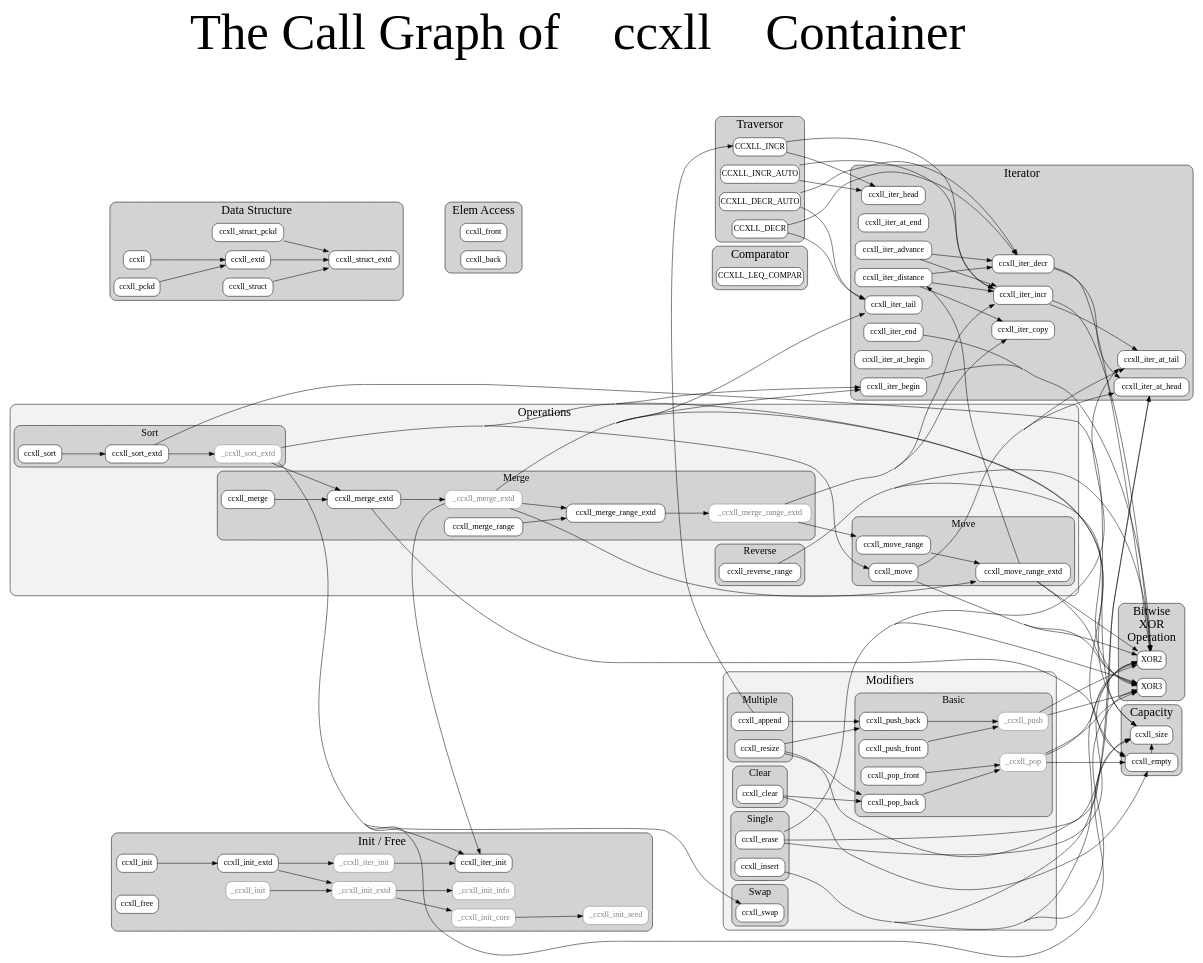
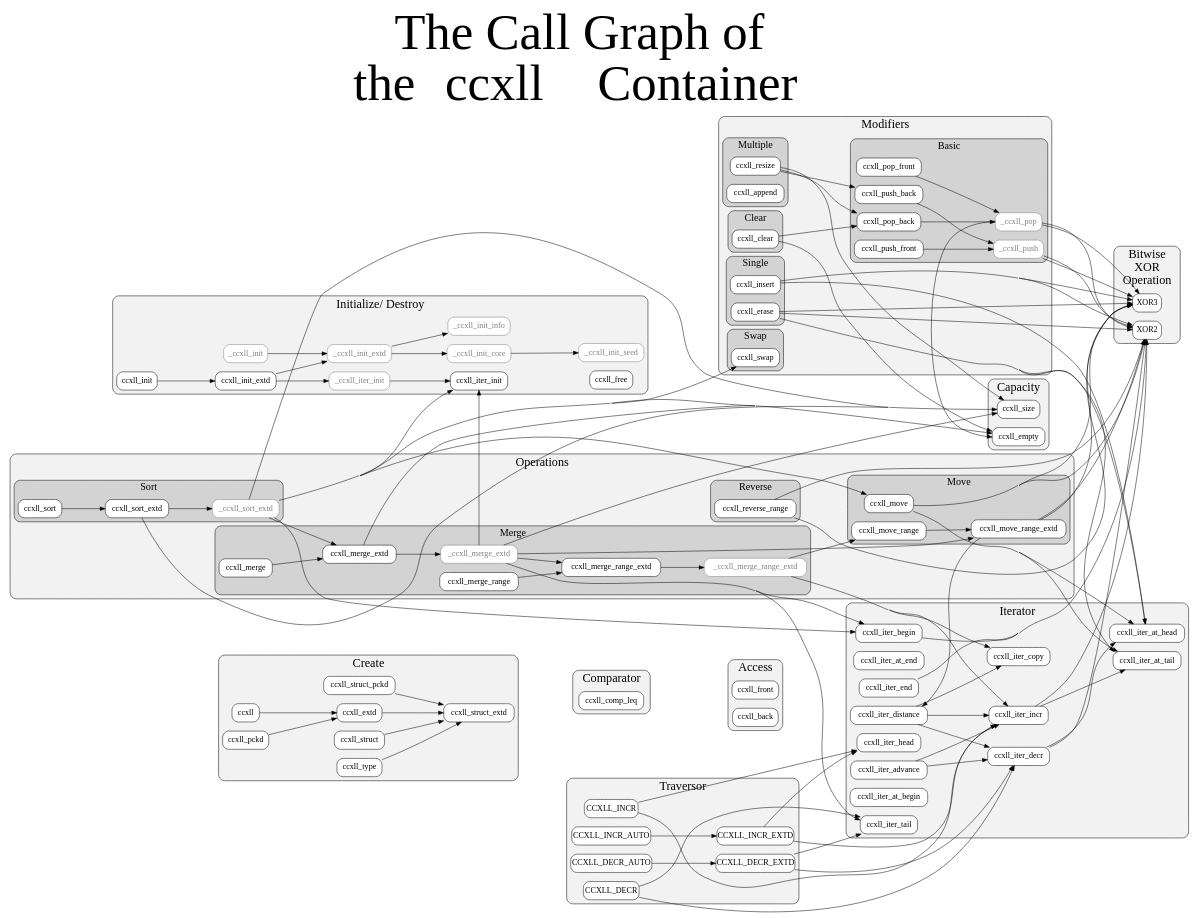
One commit to kevin-dong-nai-jia/OpenGC3 changed the diagram in tool/ccxll-call.dot. Above: the diagram before and after it, drawn with Graphviz. The commit also changed 1 other file, not shown here.

Commit message:
update the call graph

```diff
--- a/tool/ccxll-call.dot
+++ b/tool/ccxll-call.dot
@@ -1,194 +1,200 @@
 digraph
 {
     rankdir="LR"
     ranksep="1.2"
     concentrate="true"
     
-    labelloc="t";
-    label=<The Call Graph of <FONT FACE="inconsolata">ccxll</FONT> Container<br/> >
+    labelloc="t"
+    label=<The Call Graph of<br/>the <FONT FACE="inconsolata">ccxll</FONT> Container<br/>>
     fontname="CMU Serif"
     fontsize="100"
 
     node [ shape="rect" style="rounded,filled" fillcolor="white" fontname="noto" fontsize="16" ]
 
-    subgraph cluster_A { style="rounded, filled" label="Comparator" fontname="noto" fontsize="24" fillcolor="lightgrey"
-                         CCXLL_LEQ_COMPAR }
+    subgraph cluster_A {  }
 
-    subgraph cluster_B { style="rounded, filled" label="Data Structure" fontname="noto" fontsize="24" fillcolor="lightgrey"
-                         ccxll
+    subgraph cluster_B { style="rounded, filled" label="Create" fontname="noto" fontsize="24" fillcolor="grey95"
+                         ccxll_pckd
+                         ccxll_type
                          ccxll_extd
-                         ccxll_pckd
+                         ccxll_struct_pckd
+                         ccxll_struct_extd
                          ccxll_struct
-                         ccxll_struct_extd
-                         ccxll_struct_pckd }
+                         ccxll }
 
-    subgraph cluster_C { style="rounded, filled" label="Init / Free" fontname="noto" fontsize="24" fillcolor="lightgrey"
+    subgraph cluster_C { style="rounded, filled" label="Initialize/ Destroy" fontname="noto" fontsize="24" fillcolor="grey95"
                          ccxll_init
                         _ccxll_init
                          ccxll_init_extd
                          ccxll_iter_init
                         _ccxll_init_extd
                         _ccxll_init_core
                         _ccxll_init_info
                         _ccxll_init_seed
                         _ccxll_iter_init
                          ccxll_free }
 
-    subgraph cluster_D { style="rounded, filled" label="Iterator" fontname="noto" fontsize="24" fillcolor="lightgrey"
+    subgraph cluster_D { style="rounded, filled" label="Iterator" fontname="noto" fontsize="24" fillcolor="grey95"
                          ccxll_iter_copy
                          ccxll_iter_head
                          ccxll_iter_tail
                          ccxll_iter_incr
                          ccxll_iter_decr
                          ccxll_iter_distance
                          ccxll_iter_advance
                          ccxll_iter_at_head
                          ccxll_iter_at_tail 
                          ccxll_iter_begin
                          ccxll_iter_end
                          ccxll_iter_at_begin
                          ccxll_iter_at_end }
 
-    subgraph cluster_E { style="rounded, filled" label="Traversor" fontname="noto" fontsize="24" fillcolor="lightgrey"
+    subgraph cluster_E { style="rounded, filled" label="Traversor" fontname="noto" fontsize="24" fillcolor="grey95"
                          CCXLL_INCR
                          CCXLL_INCR_AUTO
+                         CCXLL_INCR_EXTD
                          CCXLL_DECR
-                         CCXLL_DECR_AUTO }
+                         CCXLL_DECR_AUTO
+                         CCXLL_DECR_EXTD }
 
-    subgraph cluster_F { style="rounded, filled" label="Capacity" fontname="noto" fontsize="24" fillcolor="lightgrey"
+    subgraph cluster_F { style="rounded, filled" label="Capacity" fontname="noto" fontsize="24" fillcolor="grey95"
                        { rank="same"
                          ccxll_empty
                          ccxll_size } }
 
     subgraph cluster_G { style="rounded, filled" label="Modifiers" fontname="noto" fontsize="24" fillcolor="grey95"
 
                          subgraph cluster_1 { style="rounded, filled" label="Single" fontname="noto" fontsize="20" fillcolor="lightgrey"
                                               ccxll_insert
                                               ccxll_erase }
 
                          subgraph cluster_2 { style="rounded, filled" label="Multiple" fontname="noto" fontsize="20" fillcolor="lightgrey"
                                               ccxll_resize
                                               ccxll_append }
 
                          subgraph cluster_3 { style="rounded, filled" label="Clear" fontname="noto" fontsize="20" fillcolor="lightgrey"
                                               ccxll_clear }
                          
                          subgraph cluster_4 { style="rounded, filled" label="Swap" fontname="noto" fontsize="20" fillcolor="lightgrey"
                                               ccxll_swap }
 
                          subgraph cluster_5 { style="rounded, filled" label="Basic" fontname="noto" fontsize="20" fillcolor="lightgrey"
                                               ccxll_pop_front
                                               ccxll_pop_back
                                              _ccxll_pop
                                               ccxll_push_front
                                               ccxll_push_back
                                              _ccxll_push }
                        }
 
     subgraph cluster_H { style="rounded, filled" label="Operations" fontname="noto" fontsize="24" fillcolor="grey95"
 
 
                          subgraph cluster_6 { style="rounded, filled" label="Sort" fontname="noto" fontsize="20" fillcolor="lightgrey"
                                               ccxll_sort
                                               ccxll_sort_extd
                                              _ccxll_sort_extd }
 
                          subgraph cluster_7 { style="rounded, filled" label="Merge" fontname="noto" fontsize="20" fillcolor="lightgrey"
                                               ccxll_merge
                                               ccxll_merge_extd
                                              _ccxll_merge_extd
                                               ccxll_merge_range
                                               ccxll_merge_range_extd 
                                              _ccxll_merge_range_extd }
 
                          subgraph cluster_8 { style="rounded, filled" label="Move" fontname="noto" fontsize="20" fillcolor="lightgrey"
                                               ccxll_move
                                               ccxll_move_range
                                               ccxll_move_range_extd }
 
                          subgraph cluster_9 { style="rounded, filled" label="Reverse" fontname="noto" fontsize="20" fillcolor="lightgrey"
                                               ccxll_reverse_range }
                        }
 
-    subgraph cluster_I { style="rounded, filled" label="Elem Access" fontname="noto" fontsize="24" fillcolor="lightgrey" rank="2"
+    subgraph cluster_I { style="rounded, filled" label="Access" fontname="noto" fontsize="24" fillcolor="grey95" rank="2"
                          ccxll_front
                          ccxll_back
                        }
 
-    subgraph cluster_J { style="rounded, filled" label="Bitwise\nXOR\nOperation" fontname="noto" fontsize="24" fillcolor="lightgrey"
+    subgraph cluster_J { style="rounded, filled" label="Bitwise\nXOR\nOperation" fontname="noto" fontsize="24" fillcolor="grey95"
                          XOR2
                          XOR3 }
 
+    subgraph cluster_K { style="rounded, filled" label="Comparator" fontname="noto" fontsize="24" fillcolor="grey95"
+                         ccxll_comp_leq }
+
     { ccxll_pckd -> ccxll_struct [style="invis"] }
-    { _ccxll_init_seed -> ccxll_swap [style="invis"] }
-    { {inv [style="invis"]} -> ccxll [style="invis"] }
-    { ccxll_struct_extd -> ccxll_back [style="invis"] }
+    { ccxll_iter_init -> ccxll_free [style="invis"] }
     { ccxll_reverse_range -> ccxll_move [style="invis"] }
-    { CCXLL_LEQ_COMPAR -> ccxll_iter_at_end [style="invis"] }
+    { _ccxll_init_seed    -> ccxll_swap [style="invis"] }
+    { ccxll_struct_extd   -> ccxll_comp_leq -> ccxll_front -> ccxll_iter_at_end -> ccxll_empty -> XOR3 -> ccxll_merge [style="invis"] }
 
     { ccxll } -> { ccxll_extd }
     { ccxll_pckd } -> { ccxll_extd }
     { ccxll_extd } -> { ccxll_struct_extd }
+    { ccxll_type } -> { ccxll_struct_extd }
     { ccxll_struct } -> { ccxll_struct_extd }
     { ccxll_struct_pckd } -> { ccxll_struct_extd }
     { ccxll_struct_extd } -> { }
     { ccxll_init } -> { ccxll_init_extd }
     { ccxll_init_extd } -> { _ccxll_init_extd _ccxll_iter_init }
     { _ccxll_init [ color=gray50 fontcolor=gray50 ] } -> { _ccxll_init_extd }
     { _ccxll_init_extd [ color=gray50 fontcolor=gray50 ] } -> { _ccxll_init_core _ccxll_init_info }
     { _ccxll_init_core [ color=gray50 fontcolor=gray50 ] } -> { _ccxll_init_seed }
     { _ccxll_init_seed [ color=gray50 fontcolor=gray50 ] } -> { }
     { _ccxll_init_info [ color=gray50 fontcolor=gray50 ] } -> { }
     { ccxll_iter_init } -> { }
     { _ccxll_iter_init [ color=gray50 fontcolor=gray50 ] } -> { ccxll_iter_init }
     { ccxll_free } -> { }
     { XOR2 } -> { }
     { XOR3 } -> { }
     { ccxll_front } -> { }
     { ccxll_back } -> { }
     { ccxll_size } -> { }
-    { ccxll_empty } -> { ccxll_size }
+    { ccxll_empty } -> { }
     { ccxll_push_front } -> { _ccxll_push }
     { ccxll_push_back } -> { _ccxll_push }
     { _ccxll_push [ color=gray50 fontcolor=gray50 ] } -> { XOR2 XOR3 }
     { ccxll_pop_front } -> { _ccxll_pop }
     { ccxll_pop_back } -> { _ccxll_pop }
     { _ccxll_pop [ color=gray50 fontcolor=gray50 ] } -> { ccxll_empty XOR2 XOR3 }
     { ccxll_insert } -> { ccxll_iter_at_head XOR2 XOR3 XOR3 }
     { ccxll_erase } -> { ccxll_iter_at_head ccxll_iter_at_tail XOR3 XOR3 XOR2 }
     { ccxll_swap } -> { }
     { ccxll_resize } -> { ccxll_size ccxll_pop_back ccxll_push_back }
     { ccxll_clear } -> { ccxll_empty ccxll_pop_back }
     { ccxll_move } -> { ccxll_iter_at_head ccxll_iter_at_head ccxll_iter_at_tail XOR3 XOR3 XOR2 XOR3 XOR3 XOR2 }
     { ccxll_move_range } -> { ccxll_move_range_extd }
     { ccxll_move_range_extd } -> { ccxll_iter_distance XOR3 XOR3 XOR3 XOR3 XOR3 XOR3 XOR2 XOR2 XOR2 }
     { ccxll_merge } -> { ccxll_merge_extd }
     { ccxll_merge_extd } -> { ccxll_empty _ccxll_merge_extd }
     { _ccxll_merge_extd [ color=gray50 fontcolor=gray50 ] } -> { ccxll_iter_tail ccxll_iter_begin ccxll_iter_tail ccxll_move_range_extd ccxll_size ccxll_iter_begin ccxll_iter_init ccxll_iter_tail ccxll_merge_range_extd }
     { ccxll_merge_range } -> { ccxll_merge_range_extd }
     { ccxll_merge_range_extd } -> { _ccxll_merge_range_extd }
     { _ccxll_merge_range_extd [ color=gray50 fontcolor=gray50 ] } -> { ccxll_iter_copy ccxll_iter_incr ccxll_iter_copy ccxll_iter_copy ccxll_iter_incr ccxll_iter_incr ccxll_move_range ccxll_iter_copy ccxll_iter_copy ccxll_iter_copy }
     { ccxll_sort } -> { ccxll_sort_extd }
     { ccxll_sort_extd } -> { ccxll_size _ccxll_sort_extd }
     { _ccxll_sort_extd [ color=gray50 fontcolor=gray50 ] } -> { ccxll_size ccxll_iter_init ccxll_iter_init ccxll_iter_begin ccxll_iter_begin ccxll_move ccxll_empty ccxll_merge_extd ccxll_swap ccxll_swap ccxll_empty ccxll_merge_extd }
     { ccxll_reverse_range } -> { XOR3 XOR3 XOR3 XOR3 XOR2 XOR2 }
-    { CCXLL_LEQ_COMPAR } -> { }
+    { ccxll_comp_leq } -> { }
     { ccxll_iter_copy } -> { }
     { ccxll_iter_head } -> { }
     { ccxll_iter_tail } -> { }
     { ccxll_iter_begin } -> { XOR2 }
     { ccxll_iter_end } -> { XOR2 }
     { ccxll_iter_at_head } -> { }
     { ccxll_iter_at_tail } -> { }
     { ccxll_iter_at_begin } -> { }
     { ccxll_iter_at_end } -> { }
     { ccxll_iter_incr } -> { ccxll_iter_at_tail XOR2 }
     { ccxll_iter_decr } -> { ccxll_iter_at_head XOR2 }
     { ccxll_iter_advance } -> { ccxll_iter_incr ccxll_iter_decr }
     { ccxll_iter_distance } -> { ccxll_iter_copy ccxll_iter_incr ccxll_iter_copy ccxll_iter_decr ccxll_iter_copy }
     { CCXLL_INCR } -> { ccxll_iter_head ccxll_iter_incr }
-    { CCXLL_INCR_AUTO } -> { ccxll_iter_head ccxll_iter_incr }
+    { CCXLL_INCR_AUTO } -> { CCXLL_INCR_EXTD }
+    { CCXLL_INCR_EXTD } -> { ccxll_iter_head ccxll_iter_incr }
     { CCXLL_DECR } -> { ccxll_iter_tail ccxll_iter_decr }
-    { CCXLL_DECR_AUTO } -> { ccxll_iter_tail ccxll_iter_decr }
-    { ccxll_append } -> { CCXLL_INCR ccxll_push_back }
+    { CCXLL_DECR_AUTO } -> { CCXLL_DECR_EXTD }
+    { CCXLL_DECR_EXTD } -> { ccxll_iter_tail ccxll_iter_decr }
 }
```
